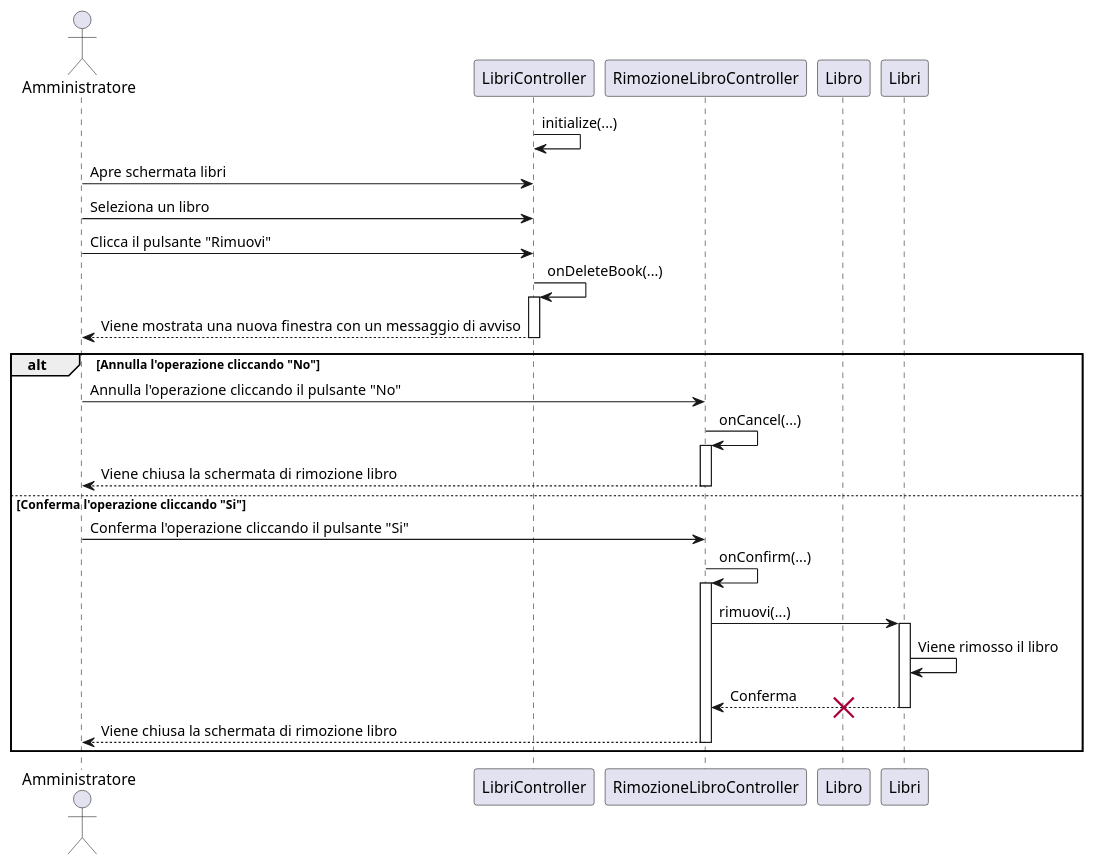
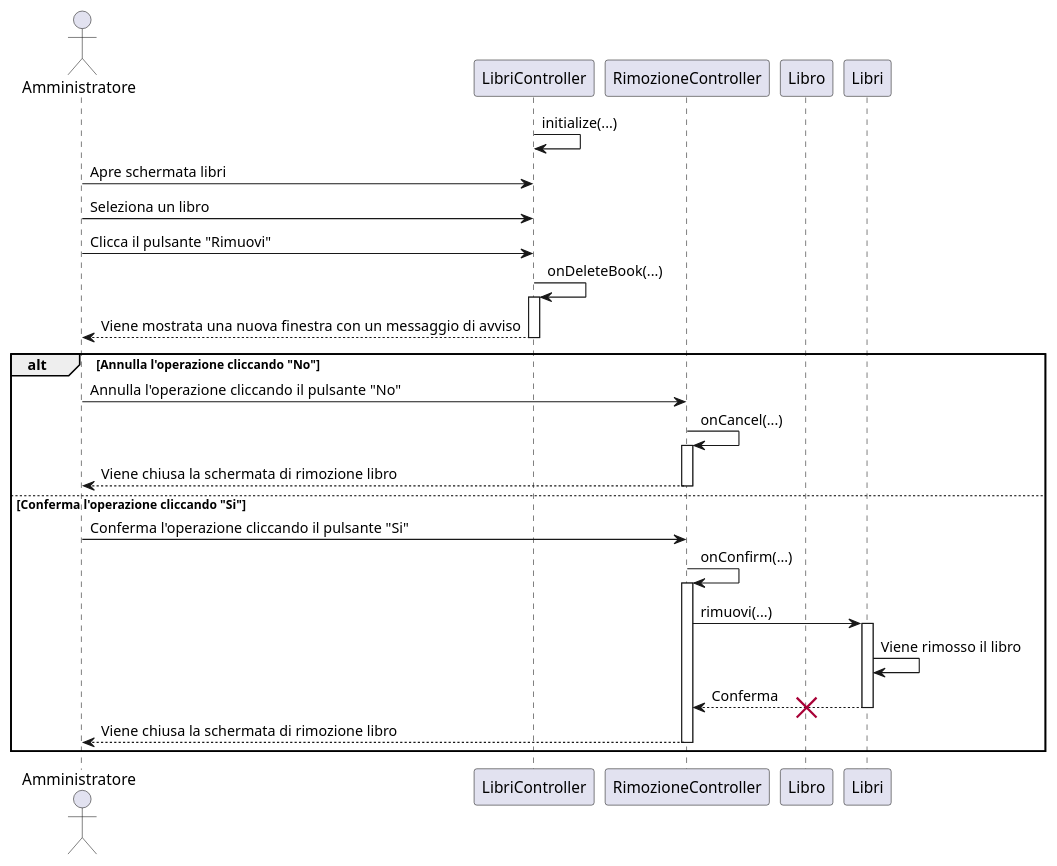
One commit to TitanVoid/ProgSE-Biblioteca changed the diagram in documents/DiagrammiUML/DiagrammiDiSequenza/diagrammaC6RimuoviLibro.puml. Above: the diagram before and after it, drawn with PlantUML. The commit also changed 13 other files, not shown here.

Commit message:
aggiornamento diagrammi

```diff
--- a/documents/DiagrammiUML/DiagrammiDiSequenza/diagrammaC6RimuoviLibro.puml
+++ b/documents/DiagrammiUML/DiagrammiDiSequenza/diagrammaC6RimuoviLibro.puml
@@ -1,40 +1,40 @@
 @startuml
 
 	actor Amministratore as a
 	participant LibriController as cvl
-	participant RimozioneLibroController as rcl
+	participant RimozioneController as rcl
 	participant Libro as l
 	participant Libri as gl
 
 	cvl->cvl: initialize(...)
 	a->cvl: Apre schermata libri
 	a->cvl: Seleziona un libro
 	a->cvl: Clicca il pulsante "Rimuovi"
 	cvl->cvl: onDeleteBook(...)
 	activate cvl
 		cvl-->a: Viene mostrata una nuova finestra con un messaggio di avviso
 	deactivate cvl
 	
 	alt Annulla l'operazione cliccando "No"
 		a->rcl: Annulla l'operazione cliccando il pulsante "No"
 		rcl -> rcl: onCancel(...)
 			activate rcl
 			rcl-->a: Viene chiusa la schermata di rimozione libro
 		deactivate rcl
 		
 		
 	else Conferma l'operazione cliccando "Si"
 		a->rcl: Conferma l'operazione cliccando il pulsante "Si"
 		rcl->rcl: onConfirm(...)
 		activate rcl
 			rcl->gl: rimuovi(...)
 			activate gl
 				gl->gl: Viene rimosso il libro
 				gl-->rcl: Conferma
 				destroy l
 			deactivate gl
 		rcl-->a: Viene chiusa la schermata di rimozione libro
 		deactivate rcl
 	end	
 
 @enduml
```
